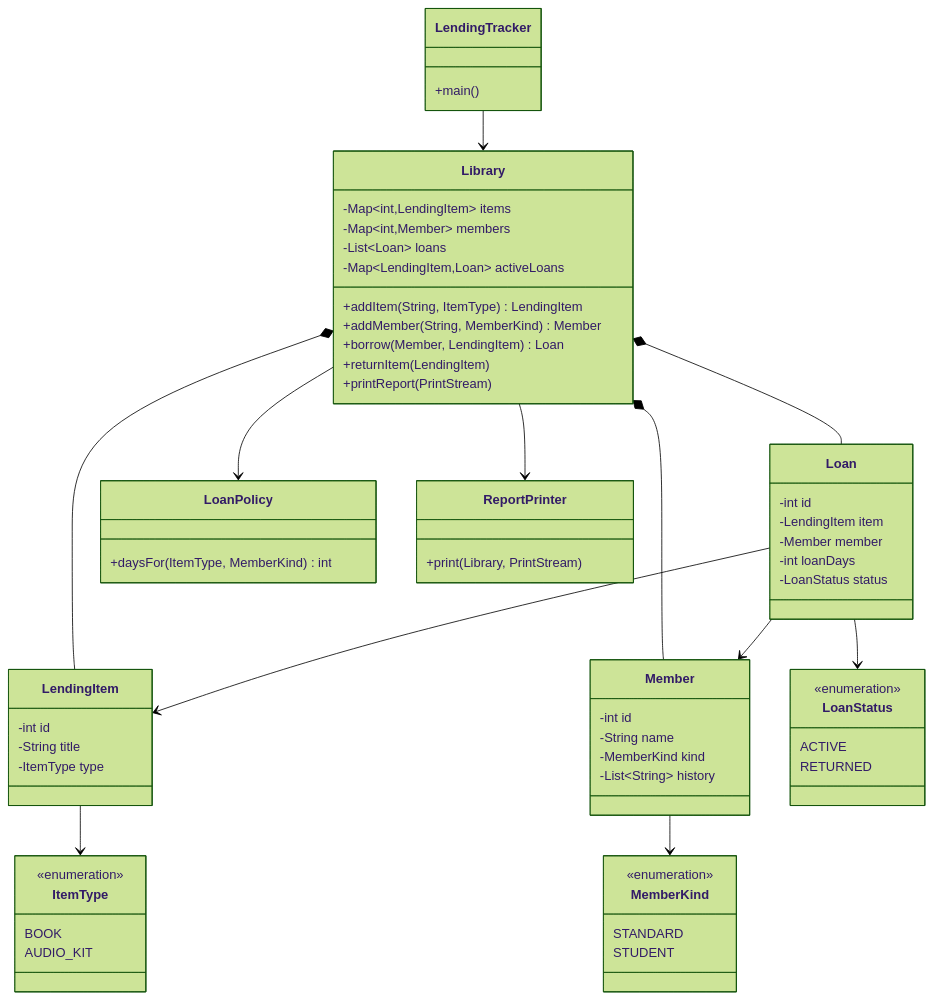
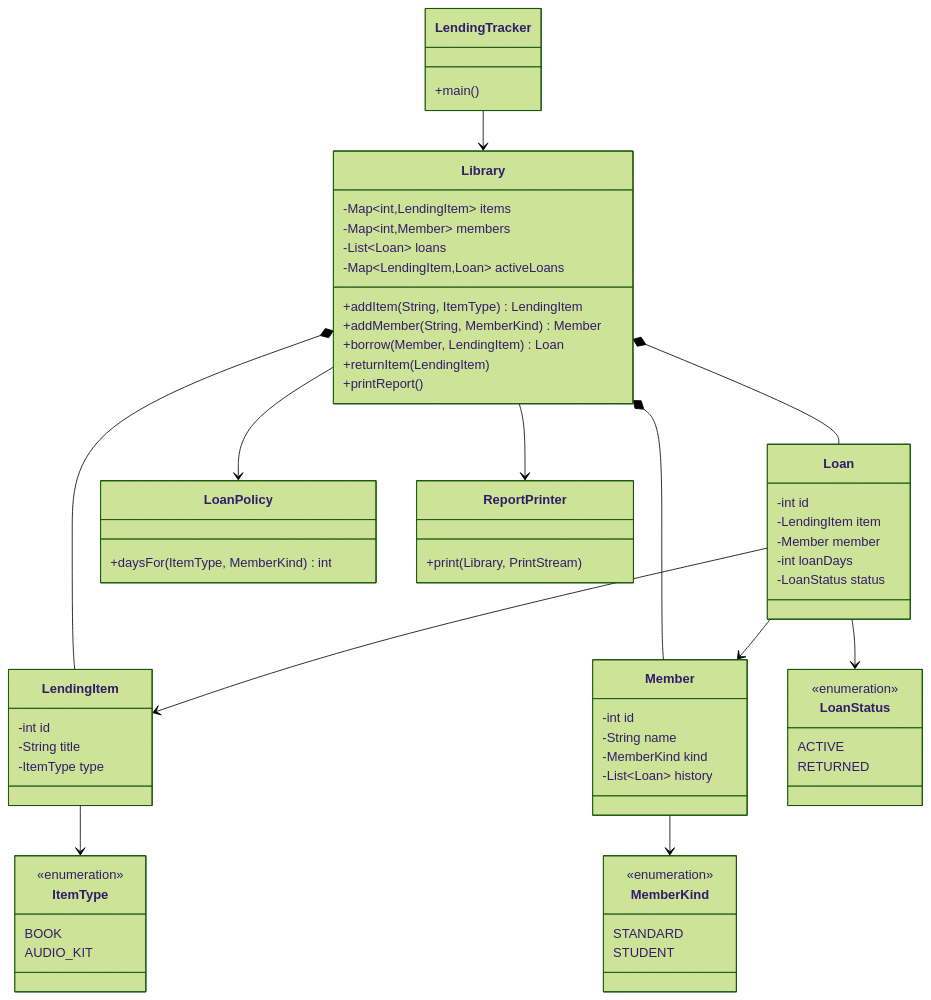
The diagram in DIAGNOSIS.md (Eyiah-Phandoh/java-basics-c-the-reading-room), drawn with Mermaid (forest theme) before and after one commit.

Commit message:
docs: align diagnosis structure sketch with the implemented model

````diff
--- a/DIAGNOSIS.md
+++ b/DIAGNOSIS.md
@@ -98,77 +98,77 @@
 ```mermaid
 classDiagram
     class LendingTracker {
         +main()
     }
 
     class Library {
         -Map~int,LendingItem~ items
         -Map~int,Member~ members
         -List~Loan~ loans
         -Map~LendingItem,Loan~ activeLoans
         +addItem(String, ItemType) LendingItem
         +addMember(String, MemberKind) Member
         +borrow(Member, LendingItem) Loan
         +returnItem(LendingItem)
-        +printReport(PrintStream)
+        +printReport()
     }
 
     class LendingItem {
         -int id
         -String title
         -ItemType type
     }
 
     class Member {
         -int id
         -String name
         -MemberKind kind
-        -List~String~ history
+        -List~Loan~ history
     }
 
     class Loan {
         -int id
         -LendingItem item
         -Member member
         -int loanDays
         -LoanStatus status
     }
 
     class ItemType {
         <<enumeration>>
         BOOK
         AUDIO_KIT
     }
 
     class MemberKind {
         <<enumeration>>
         STANDARD
         STUDENT
     }
 
     class LoanStatus {
         <<enumeration>>
         ACTIVE
         RETURNED
     }
 
     class LoanPolicy {
         +daysFor(ItemType, MemberKind) int
     }
 
     class ReportPrinter {
         +print(Library, PrintStream)
     }
 
     LendingTracker --> Library
     Library *-- LendingItem
     Library *-- Member
     Library *-- Loan
     Library --> LoanPolicy
     Library --> ReportPrinter
     Loan --> LendingItem
     Loan --> Member
     Loan --> LoanStatus
     LendingItem --> ItemType
     Member --> MemberKind
 ```
````
